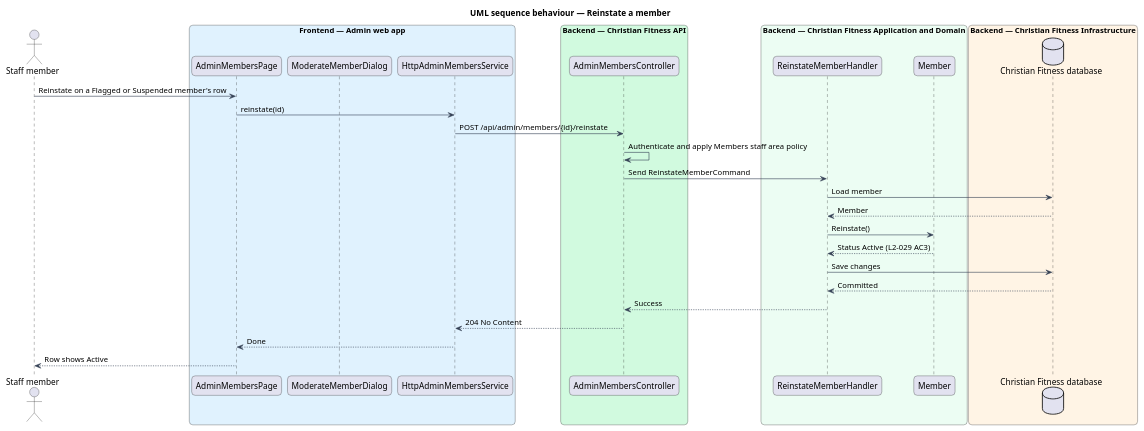
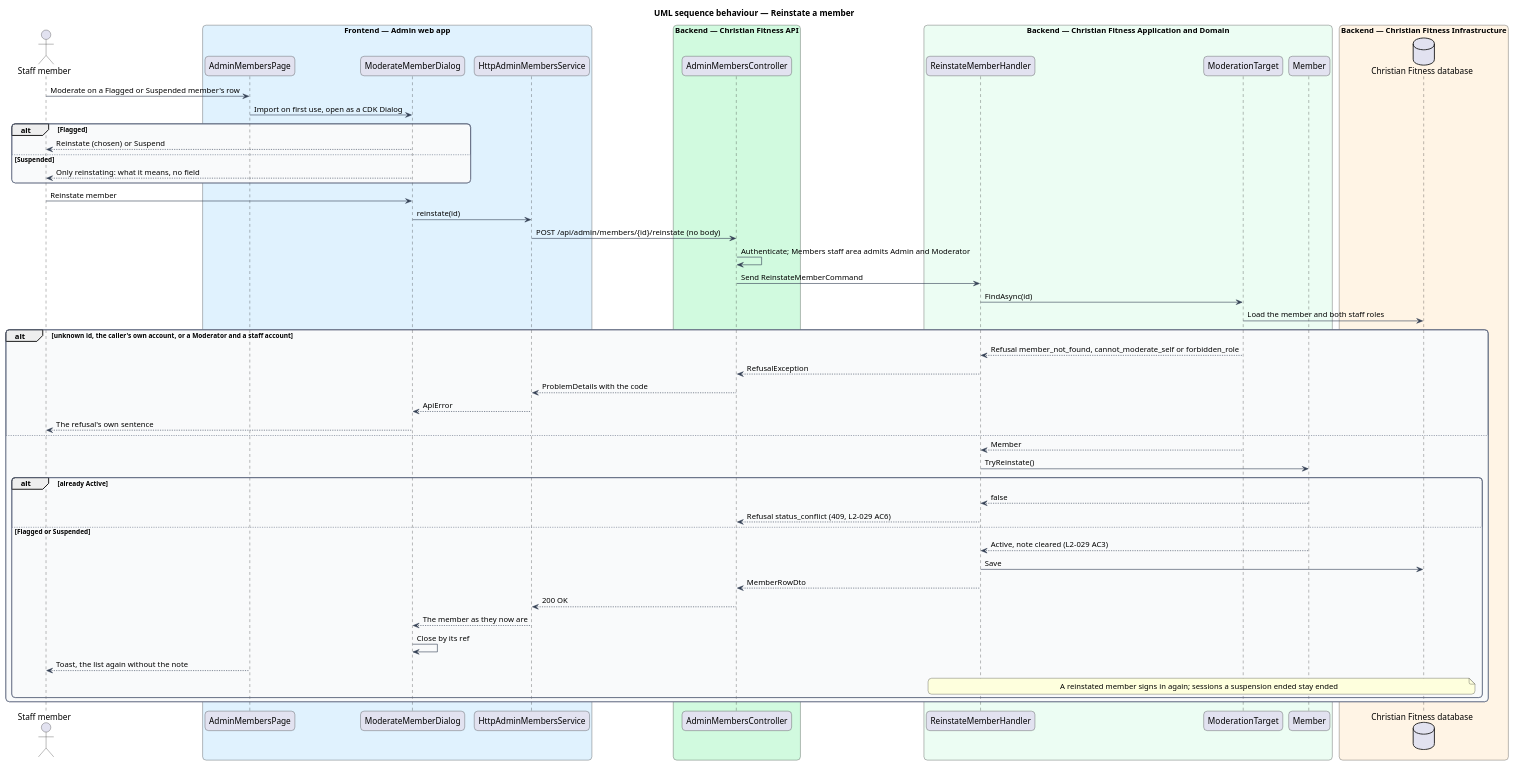
The diagram in docs/detailed-designs/admin-moderation/flag-suspend-reinstate-members/diagrams/sequence-reinstate.puml (QuinntyneBrown/christian-fitness), drawn with PlantUML before and after one commit. The commit also changed 7 other files, not shown here.

First line of the commit message:
Record slice 27.2's lessons, progress and diagram

```diff
--- a/docs/detailed-designs/admin-moderation/flag-suspend-reinstate-members/diagrams/sequence-reinstate.puml
+++ b/docs/detailed-designs/admin-moderation/flag-suspend-reinstate-members/diagrams/sequence-reinstate.puml
@@ -1,48 +1,71 @@
 @startuml
 title UML sequence behaviour — Reinstate a member
 skinparam backgroundColor #FFFFFF
 skinparam shadowing false
 skinparam roundcorner 12
 skinparam defaultFontName Arial
 skinparam ArrowColor #344054
 skinparam rectangle {
   BorderColor #344054
   FontColor #101828
 }
 skinparam package {
   BorderColor #667085
   FontColor #101828
   BackgroundColor #F9FAFB
 }
 actor "Staff member" as actor
 box "Frontend — Admin web app" #E0F2FE
   participant "AdminMembersPage" as page
   participant "ModerateMemberDialog" as dlg
   participant "HttpAdminMembersService" as client
 end box
 box "Backend — Christian Fitness API" #D1FADF
   participant "AdminMembersController" as ctrl
 end box
 box "Backend — Christian Fitness Application and Domain" #ECFDF3
   participant "ReinstateMemberHandler" as h
+  participant "ModerationTarget" as target
   participant "Member" as ent
 end box
 box "Backend — Christian Fitness Infrastructure" #FFF4E5
   database "Christian Fitness database" as db
 end box
-actor -> page : Reinstate on a Flagged or Suspended member's row
-page -> client : reinstate(id)
-client -> ctrl : POST /api/admin/members/{id}/reinstate
-ctrl -> ctrl : Authenticate and apply Members staff area policy
+actor -> page : Moderate on a Flagged or Suspended member's row
+page -> dlg : Import on first use, open as a CDK Dialog
+alt Flagged
+  dlg --> actor : Reinstate (chosen) or Suspend
+else Suspended
+  dlg --> actor : Only reinstating: what it means, no field
+end
+actor -> dlg : Reinstate member
+dlg -> client : reinstate(id)
+client -> ctrl : POST /api/admin/members/{id}/reinstate (no body)
+ctrl -> ctrl : Authenticate; Members staff area admits Admin and Moderator
 ctrl -> h : Send ReinstateMemberCommand
-h -> db : Load member
-db --> h : Member
-h -> ent : Reinstate()
-ent --> h : Status Active (L2-029 AC3)
-h -> db : Save changes
-db --> h : Committed
-h --> ctrl : Success
-ctrl --> client : 204 No Content
-client --> page : Done
-page --> actor : Row shows Active
+h -> target : FindAsync(id)
+target -> db : Load the member and both staff roles
+alt unknown id, the caller's own account, or a Moderator and a staff account
+  target --> h : Refusal member_not_found, cannot_moderate_self or forbidden_role
+  h --> ctrl : RefusalException
+  ctrl --> client : ProblemDetails with the code
+  client --> dlg : ApiError
+  dlg --> actor : The refusal's own sentence
+else
+  target --> h : Member
+  h -> ent : TryReinstate()
+  alt already Active
+    ent --> h : false
+    h --> ctrl : Refusal status_conflict (409, L2-029 AC6)
+  else Flagged or Suspended
+    ent --> h : Active, note cleared (L2-029 AC3)
+    h -> db : Save
+    h --> ctrl : MemberRowDto
+    ctrl --> client : 200 OK
+    client --> dlg : The member as they now are
+    dlg -> dlg : Close by its ref
+    page --> actor : Toast, the list again without the note
+    note over h, db : A reinstated member signs in again; sessions a suspension ended stay ended
+  end
+end
 @enduml
```
